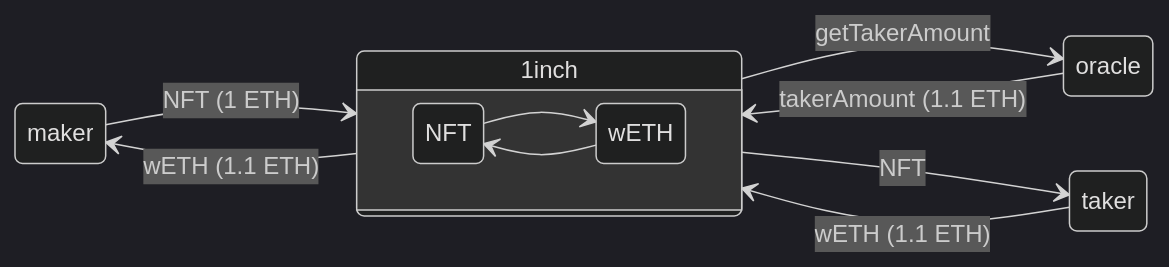
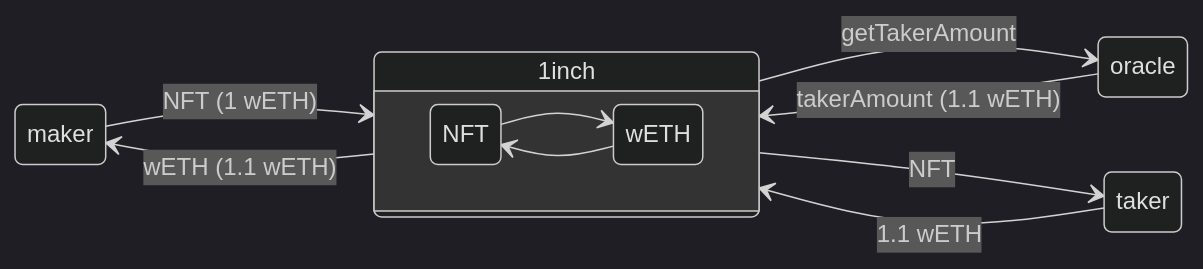
The diagram in diagrams/ticket_price_protection.md (definition2022/1inch), drawn with Mermaid (dark theme) before and after one commit.

````diff
--- a/diagrams/ticket_price_protection.md
+++ b/diagrams/ticket_price_protection.md
@@ -2,16 +2,16 @@
 ```mermaid
 stateDiagram
 direction LR
-    maker --> 1inch:NFT (1 ETH)
-    1inch --> maker:wETH (1.1 ETH)
+    maker --> 1inch:NFT (1 wETH)
+    1inch --> maker:wETH (1.1 wETH)
      state 1inch {
       direction LR
       NFT --> wETH
       wETH --> NFT
     }
-    oracle --> 1inch:takerAmount (1.1 ETH)
+    oracle --> 1inch:takerAmount (1.1 wETH)
     1inch --> oracle:getTakerAmount
 
     1inch --> taker:NFT
-    taker --> 1inch:wETH (1.1 ETH)
+    taker --> 1inch: 1.1 wETH
 ```
````
